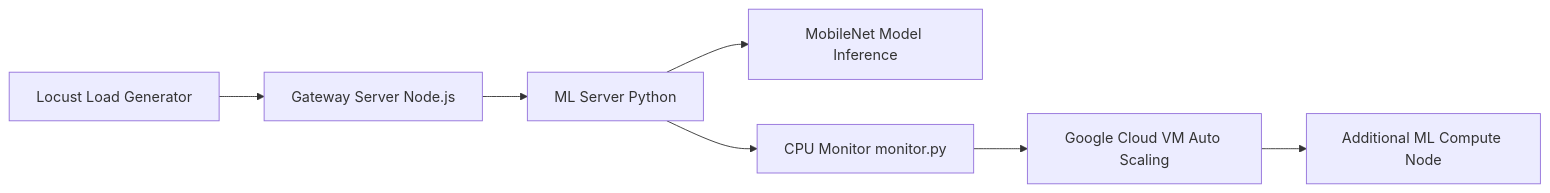
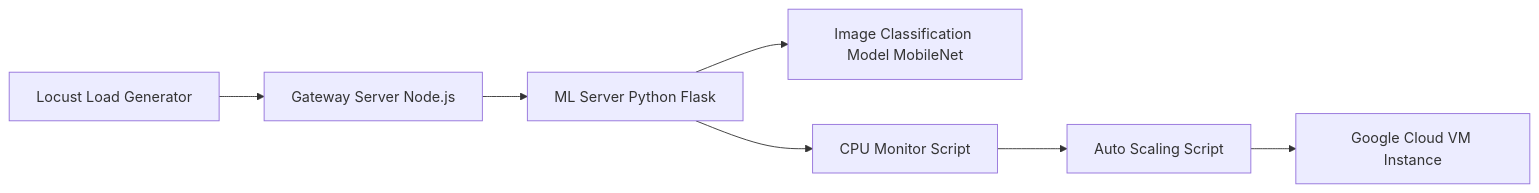
One commit to rajat-chaddhaa/cloud-auto-scaling-ml-system changed the diagram in README.md. Above: the diagram before and after it, drawn with Mermaid. The commit also changed other lines of this file, not shown here.

````diff
--- a/README.md
+++ b/README.md
@@ -5,15 +15,15 @@
 ```mermaid
 flowchart LR
 
 A[Locust Load Generator] --> B[Gateway Server Node.js]
 
-B --> C[ML Server Python]
+B --> C[ML Server Python Flask]
 
-C --> D[MobileNet Model Inference]
+C --> D[Image Classification Model MobileNet]
 
-C --> E[CPU Monitor monitor.py]
+C --> E[CPU Monitor Script]
 
-E --> F[Google Cloud VM Auto Scaling]
+E --> F[Auto Scaling Script]
 
-F --> G[Additional ML Compute Node]
+F --> G[Google Cloud VM Instance]
 ```
````
